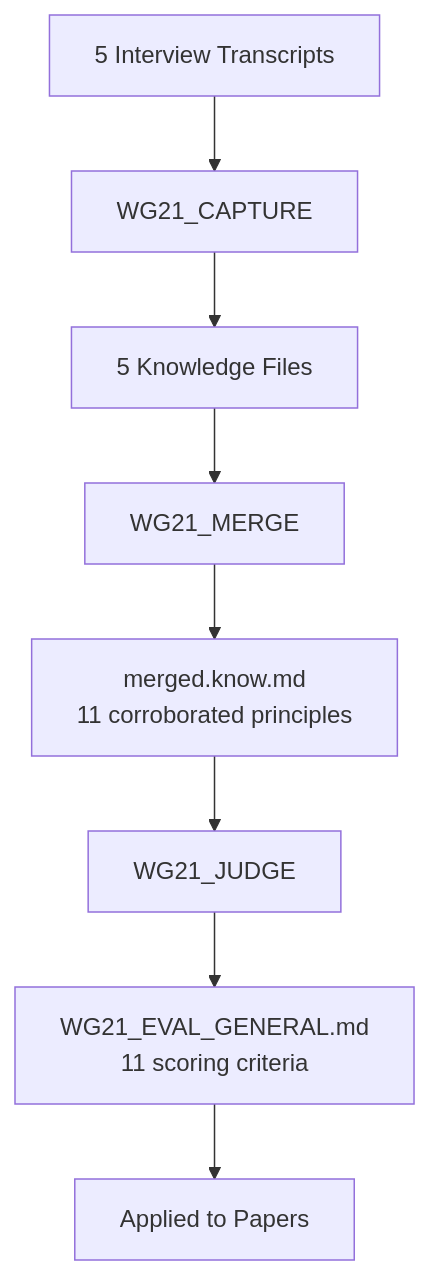
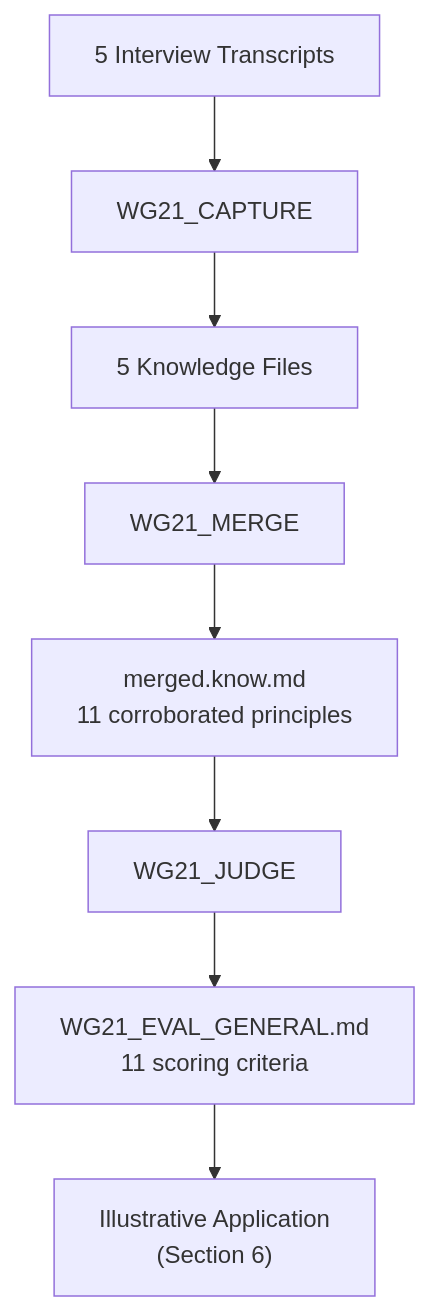
One commit to gregjkal/wg21-papers changed the diagram in source/d4034-wg21-sage.md. Above: the diagram before and after it, drawn with Mermaid. The commit also changed other lines of this file and 14 other files, not shown here.

````diff
--- a/source/d4034-wg21-sage.md
+++ b/source/d4034-wg21-sage.md
@@ -504,11 +508,11 @@
 ```mermaid
 flowchart TD
     T["5 Interview Transcripts"]
     T --> CAP["WG21_CAPTURE"]
     CAP --> K["5 Knowledge Files"]
     K --> MRG["WG21_MERGE"]
     MRG --> MF["merged.know.md\n11 corroborated principles"]
     MF --> JDG["WG21_JUDGE"]
     JDG --> EV["WG21_EVAL_GENERAL.md\n11 scoring criteria"]
-    EV --> P["Applied to Papers"]
+    EV --> P["Illustrative Application\n(Section 6)"]
 ```
````
